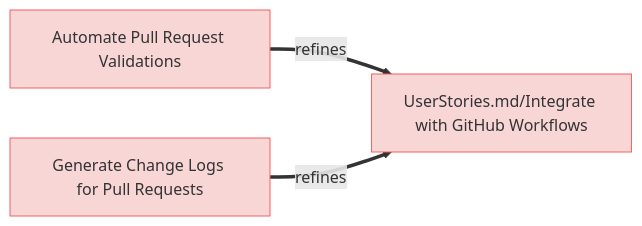
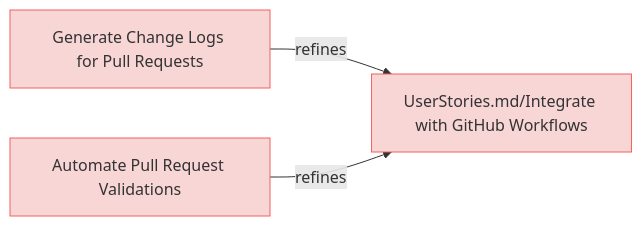
The fourth of 9 diagrams in specifications/UserRequirements.md (reqvire-org/reqvire), drawn with Mermaid before and after one commit. The commit also changed other lines of this file and 65 other files, not shown here.

Commit message:
Diagram generation bug fix: there were opposite relations included.

````diff
--- a/specifications/UserRequirements.md
+++ b/specifications/UserRequirements.md
@@ -431,20 +329,20 @@
 ```mermaid
 graph LR;
   %% Graph styling
   classDef requirement fill:#f9d6d6,stroke:#f55f5f,stroke-width:1px;
   classDef verification fill:#d6f9d6,stroke:#5fd75f,stroke-width:1px;
   classDef externalLink fill:#d0e0ff,stroke:#3080ff,stroke-width:1px;
   classDef default fill:#f5f5f5,stroke:#333333,stroke-width:1px;
 
-  68454e6166["Automate Pull Request Validations"];
-  click 68454e6166 "UserRequirements.md#automate-pull-request-validations";
-  class 68454e6166 requirement;
-  ba120b7caf["UserStories.md/Integrate with GitHub Workflows"];
-  class ba120b7caf requirement;
-  click ba120b7caf "UserStories.md#integrate-with-github-workflows";
-  68454e6166 ==>|refines| ba120b7caf;
-  b2a387077d["Generate Change Logs for Pull Requests"];
-  click b2a387077d "UserRequirements.md#generate-change-logs-for-pull-requests";
-  class b2a387077d requirement;
-  b2a387077d ==>|refines| ba120b7caf;
+  b2a387077d97cf24["Generate Change Logs for Pull Requests"];
+  click b2a387077d97cf24 "UserRequirements.md#generate-change-logs-for-pull-requests";
+  class b2a387077d97cf24 requirement;
+  ba120b7cafc5435f["UserStories.md/Integrate with GitHub Workflows"];
+  class ba120b7cafc5435f requirement;
+  click ba120b7cafc5435f "UserStories.md#integrate-with-github-workflows";
+  b2a387077d97cf24 -->|refines| ba120b7cafc5435f;
+  68454e6166703319["Automate Pull Request Validations"];
+  click 68454e6166703319 "UserRequirements.md#automate-pull-request-validations";
+  class 68454e6166703319 requirement;
+  68454e6166703319 -->|refines| ba120b7cafc5435f;
 ```
````
